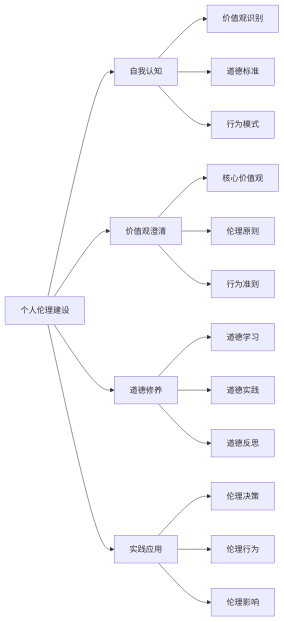
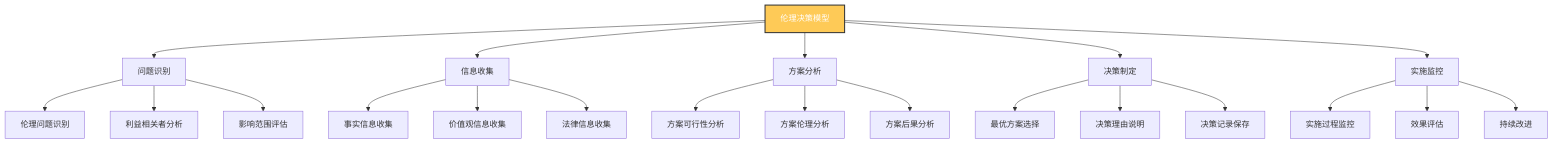
One commit to Anping2017/obsidian changed the fifth of 6 diagrams in 企业领导力/01-基础认知层/05-领导力伦理与价值观.md. Above: the diagram before and after it, drawn with Mermaid. The commit also changed other lines of this file and 8 other files, not shown here.

````diff
--- a/企业领导力/01-基础认知层/05-领导力伦理与价值观.md
+++ b/企业领导力/01-基础认知层/05-领导力伦理与价值观.md
@@ -234,23 +160,30 @@
 ```mermaid
-graph LR
-    A[个人伦理建设] --> B[自我认知]
-    A --> C[价值观澄清]
-    A --> D[道德修养]
-    A --> E[实践应用]
+graph TD
+    A[伦理决策模型] --> B[问题识别]
+    A --> C[信息收集]
+    A --> D[方案分析]
+    A --> E[决策制定]
+    A --> F[实施监控]
     
-    B --> B1[价值观识别]
-    B --> B2[道德标准]
-    B --> B3[行为模式]
+    B --> B1[伦理问题识别]
+    B --> B2[利益相关者分析]
+    B --> B3[影响范围评估]
     
-    C --> C1[核心价值观]
-    C --> C2[伦理原则]
-    C --> C3[行为准则]
+    C --> C1[事实信息收集]
+    C --> C2[价值观信息收集]
+    C --> C3[法律信息收集]
     
-    D --> D1[道德学习]
-    D --> D2[道德实践]
-    D --> D3[道德反思]
+    D --> D1[方案可行性分析]
+    D --> D2[方案伦理分析]
+    D --> D3[方案后果分析]
     
-    E --> E1[伦理决策]
-    E --> E2[伦理行为]
-    E --> E3[伦理影响]
+    E --> E1[最优方案选择]
+    E --> E2[决策理由说明]
+    E --> E3[决策记录保存]
+    
+    F --> F1[实施过程监控]
+    F --> F2[效果评估]
+    F --> F3[持续改进]
+    
+    style A fill:#feca57,stroke:#333,stroke-width:2px,color:#fff
 ```
````
